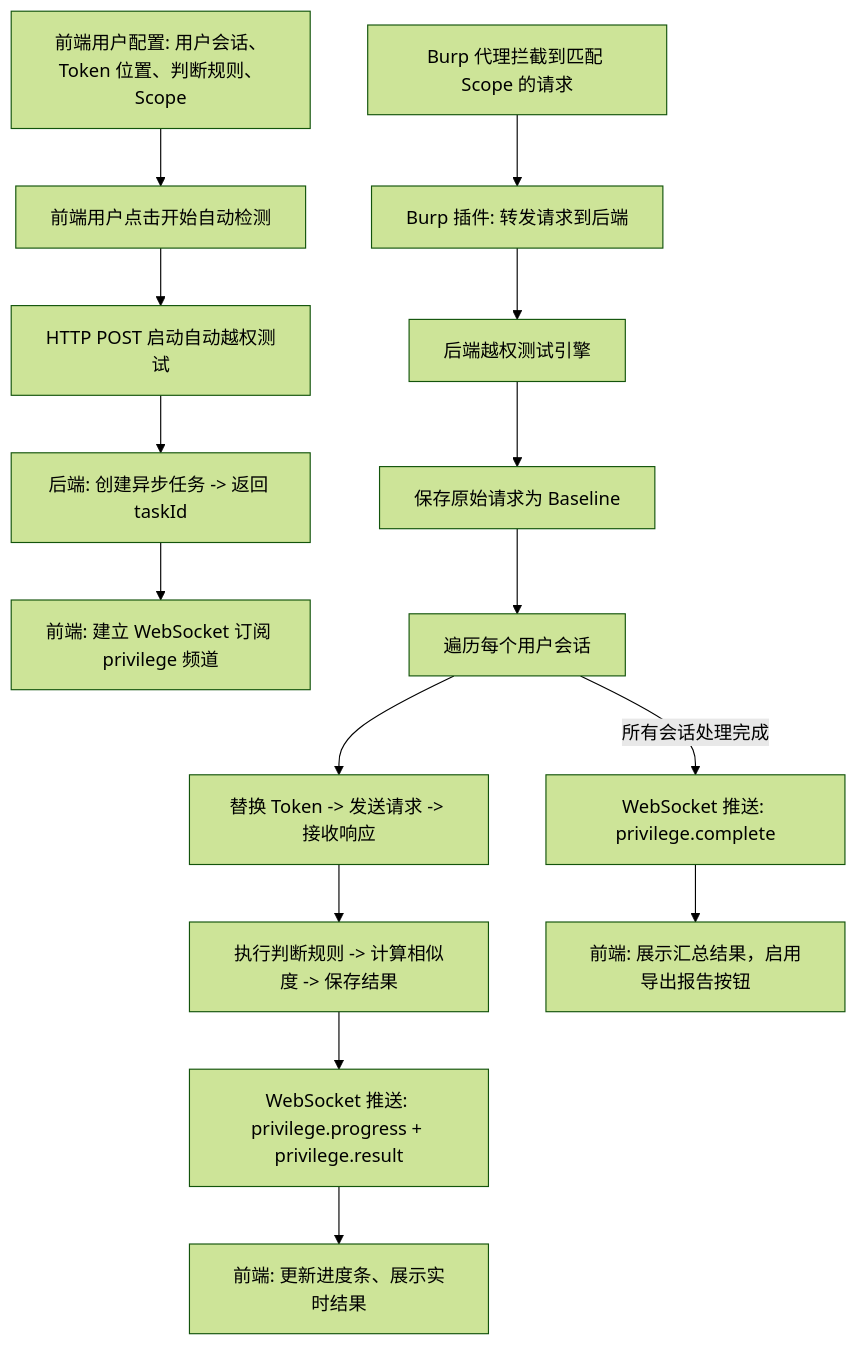
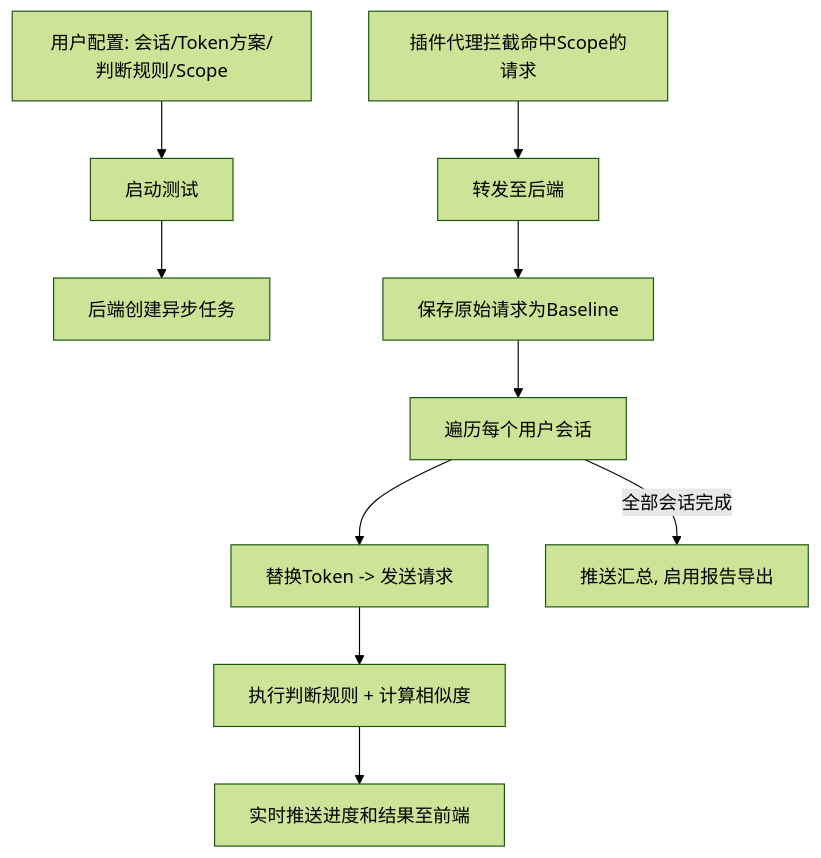
One commit to GitHubNull/repeaterManger changed the fourth of 6 diagrams in doc/分离式架构_PRD.md. Above: the diagram before and after it, drawn with Mermaid (forest theme). The commit also changed other lines of this file and 13 other files, not shown here.

````diff
--- a/doc/分离式架构_PRD.md
+++ b/doc/分离式架构_PRD.md
@@ -692,20 +417,13 @@
 ```mermaid
 graph TB
-    A["前端用户配置: 用户会话、Token 位置、判断规则、Scope"] --> B["前端用户点击开始自动检测"]
-    B --> C["HTTP POST 启动自动越权测试"]
-    C --> D["后端: 创建异步任务 -> 返回 taskId"]
-    D --> E["前端: 建立 WebSocket 订阅 privilege 频道"]
+    A["用户配置: 会话/Token方案/判断规则/Scope"] --> B["启动测试"]
+    B --> C["后端创建异步任务"]
 
-    F["Burp 代理拦截到匹配 Scope 的请求"] --> G["Burp 插件: 转发请求到后端"]
-    G --> H["后端越权测试引擎"]
-
-    H --> I["保存原始请求为 Baseline"]
-    I --> J["遍历每个用户会话"]
-    J --> K["替换 Token -> 发送请求 -> 接收响应"]
-    K --> L["执行判断规则 -> 计算相似度 -> 保存结果"]
-    L --> M["WebSocket 推送: privilege.progress + privilege.result"]
-    M --> N["前端: 更新进度条、展示实时结果"]
-
-    J -->|"所有会话处理完成"| O["WebSocket 推送: privilege.complete"]
-    O --> P["前端: 展示汇总结果，启用导出报告按钮"]
+    D["插件代理拦截命中Scope的请求"] --> E["转发至后端"]
+    E --> F["保存原始请求为Baseline"]
+    F --> G["遍历每个用户会话"]
+    G --> H["替换Token -> 发送请求"]
+    H --> I["执行判断规则 + 计算相似度"]
+    I --> J["实时推送进度和结果至前端"]
+    G -->|"全部会话完成"| K["推送汇总, 启用报告导出"]
 ```
````
